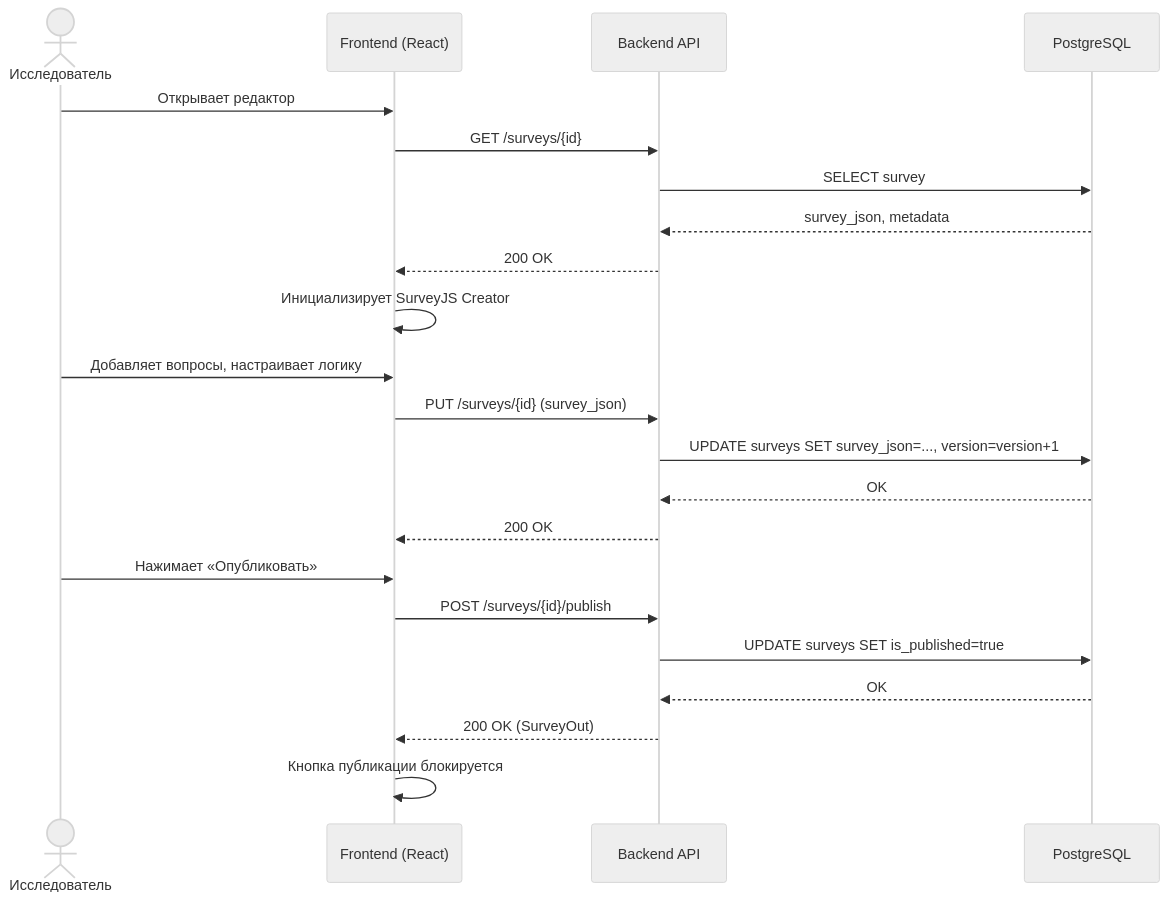
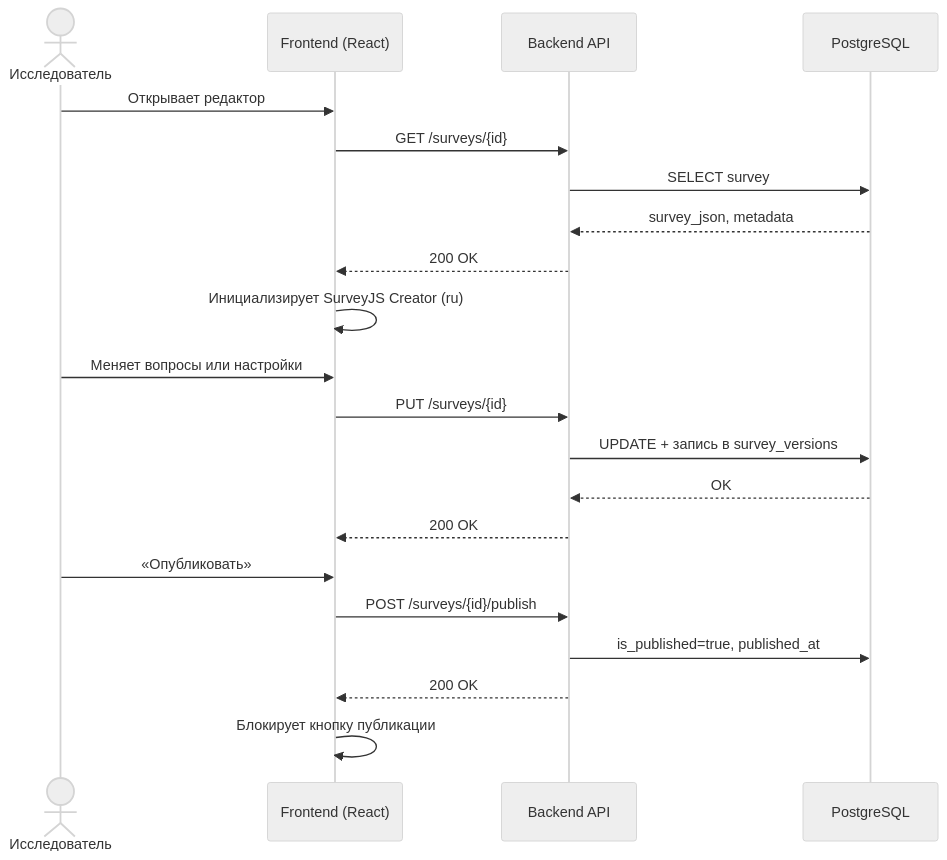
The second of 3 diagrams in docs/vkr-podsystema-konstruktor-anketirovaniya.md (sanya2905/survey-constructor-service), drawn with Mermaid (neutral theme) before and after one commit. The commit also changed other lines of this file and 2 other files, not shown here.

````diff
--- a/docs/vkr-podsystema-konstruktor-anketirovaniya.md
+++ b/docs/vkr-podsystema-konstruktor-anketirovaniya.md
@@ -83,27 +94,26 @@
 ```mermaid
 sequenceDiagram
     actor U as Исследователь
     participant F as Frontend (React)
     participant API as Backend API
     participant DB as PostgreSQL
 
     U->>F: Открывает редактор
     F->>API: GET /surveys/{id}
     API->>DB: SELECT survey
     DB-->>API: survey_json, metadata
     API-->>F: 200 OK
-    F->>F: Инициализирует SurveyJS Creator
+    F->>F: Инициализирует SurveyJS Creator (ru)
 
-    U->>F: Добавляет вопросы, настраивает логику
-    F->>API: PUT /surveys/{id} (survey_json)
-    API->>DB: UPDATE surveys SET survey_json=..., version=version+1
+    U->>F: Меняет вопросы или настройки
+    F->>API: PUT /surveys/{id}
+    API->>DB: UPDATE + запись в survey_versions
     DB-->>API: OK
     API-->>F: 200 OK
 
-    U->>F: Нажимает «Опубликовать»
+    U->>F: «Опубликовать»
     F->>API: POST /surveys/{id}/publish
-    API->>DB: UPDATE surveys SET is_published=true
-    DB-->>API: OK
-    API-->>F: 200 OK (SurveyOut)
-    F->>F: Кнопка публикации блокируется
+    API->>DB: is_published=true, published_at
+    API-->>F: 200 OK
+    F->>F: Блокирует кнопку публикации
 ```
````
